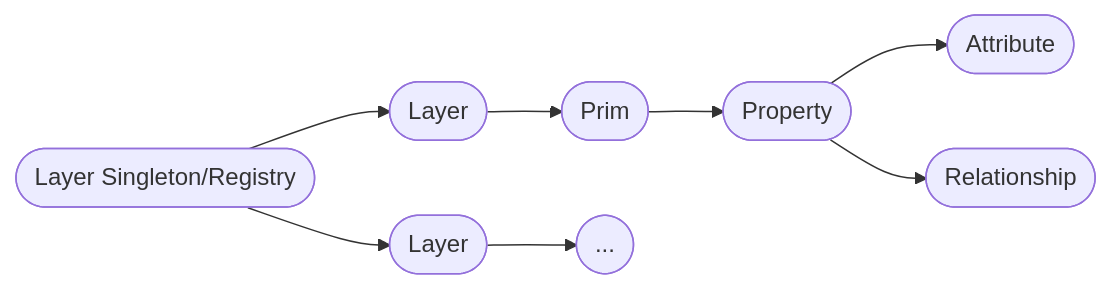
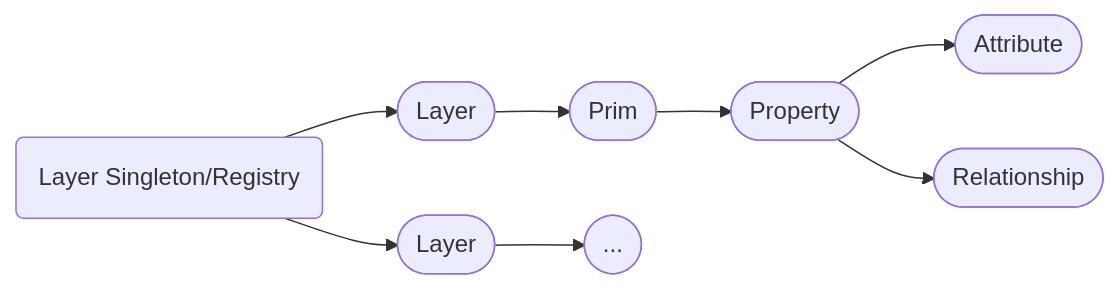
The first of 2 diagrams in docs/src/core/elements/layer.md (LucaScheller/VFX-UsdSurvivalGuide), drawn with Mermaid before and after one commit. The commit also changed 6 other files, not shown here.

````diff
--- a/docs/src/core/elements/layer.md
+++ b/docs/src/core/elements/layer.md
@@ -2,10 +2,10 @@
 ```mermaid
 flowchart LR
-    layerSingleton([Layer Singleton/Registry]) --> layer1([Layer])
+    layerSingleton(Layer Singleton/Registry) --> layer1([Layer])
     layer1([Layer]) --> prim1([Property])
     prim1([Prim]) --> property([Property])
     property --> attribute([Attribute])
     property --> relationship([Relationship])
     layerSingleton --> layer2([Layer])
     layer2([Layer]) --> prim2([...])
 ```
````
